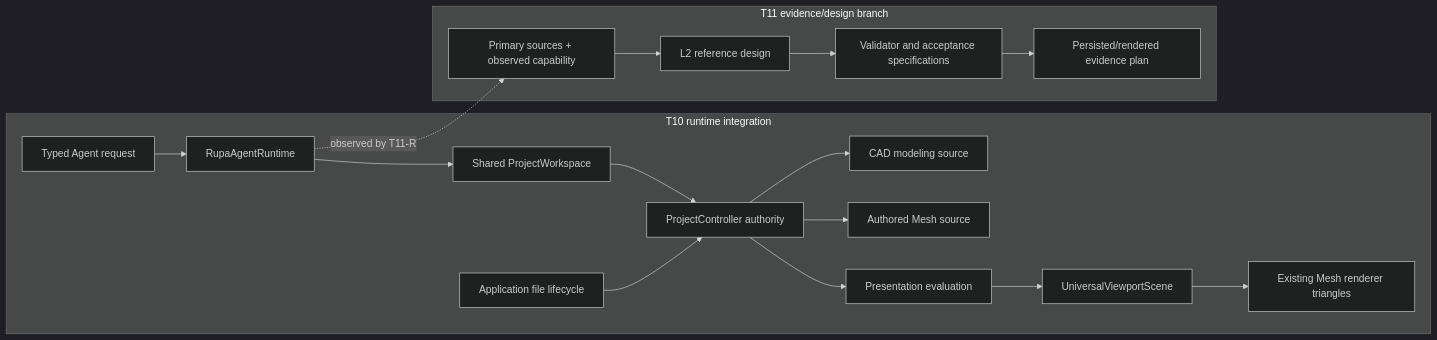
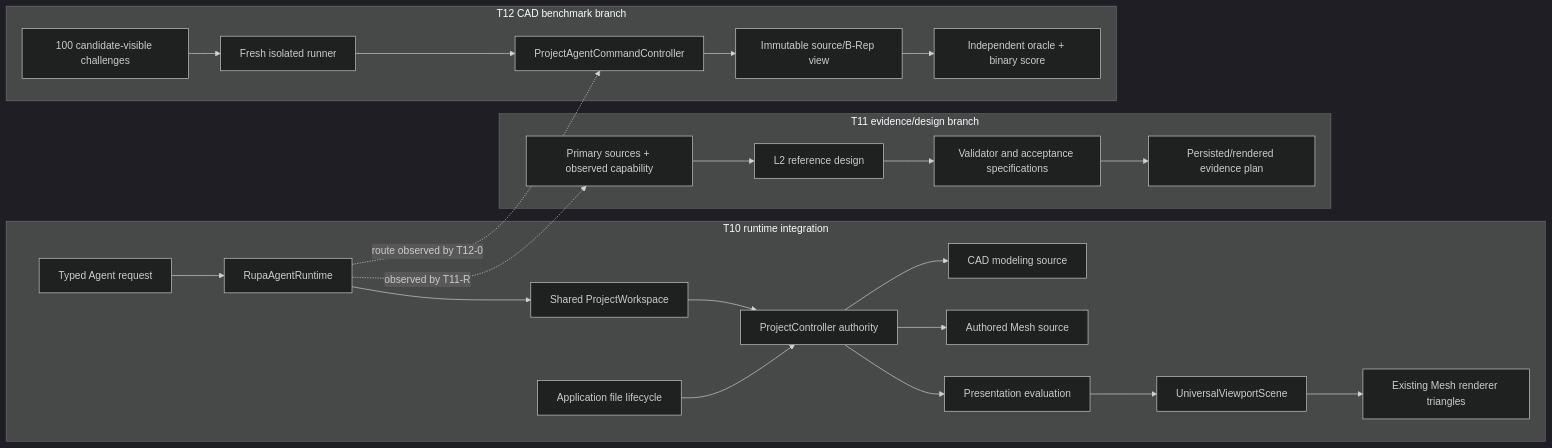
The first of 3 diagrams in DESIGN.md (1amageek/Rupa), drawn with Mermaid (dark theme) before and after one commit. The commit also changed other lines of this file and 3 other files, not shown here.

Commit message:
Define Agent CAD benchmark contract

````diff
--- a/DESIGN.md
+++ b/DESIGN.md
@@ -45,20 +53,27 @@
 ```mermaid
 flowchart LR
     subgraph T10["T10 runtime integration"]
         Agent["Typed Agent request"] --> Runtime["RupaAgentRuntime"]
         Runtime --> Workspace["Shared ProjectWorkspace"]
         Workspace --> Project["ProjectController authority"]
         Project --> CAD["CAD modeling source"]
         Project --> Mesh["Authored Mesh source"]
         Project --> Eval["Presentation evaluation"]
         Eval --> Scene["UniversalViewportScene"]
         Scene --> Render["Existing Mesh renderer triangles"]
         App["Application file lifecycle"] --> Project
     end
     subgraph T11["T11 evidence/design branch"]
         Sources["Primary sources + observed capability"] --> Reference["L2 reference design"]
         Reference --> Acceptance["Validator and acceptance specifications"]
         Acceptance --> ArtifactEvidence["Persisted/rendered evidence plan"]
     end
+    subgraph T12["T12 CAD benchmark branch"]
+        Challenge["100 candidate-visible challenges"] --> Runner["Fresh isolated runner"]
+        Runner --> AgentRoute["ProjectAgentCommandController"]
+        AgentRoute --> SourceSnapshot["Immutable source/B-Rep view"]
+        SourceSnapshot --> Oracle["Independent oracle + binary score"]
+    end
     Runtime -. "observed by T11-R" .-> Sources
+    Runtime -. "route observed by T12-0" .-> AgentRoute
 ```
````
